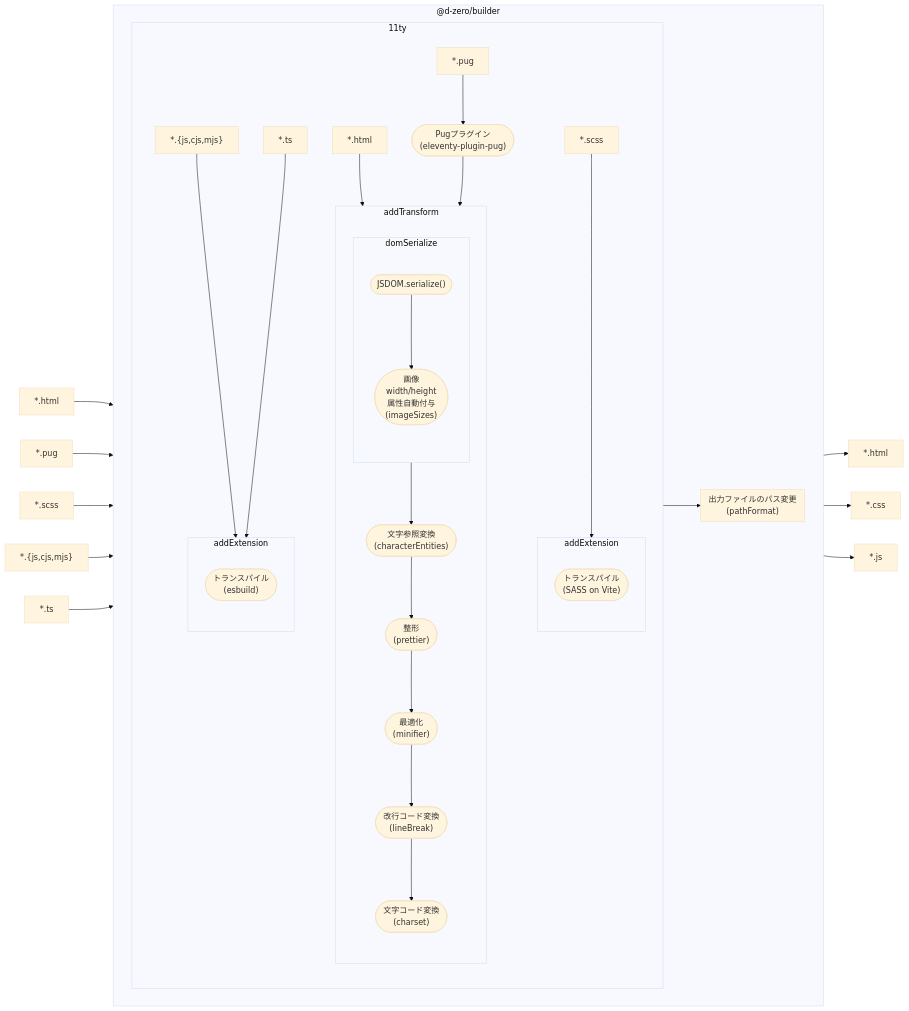
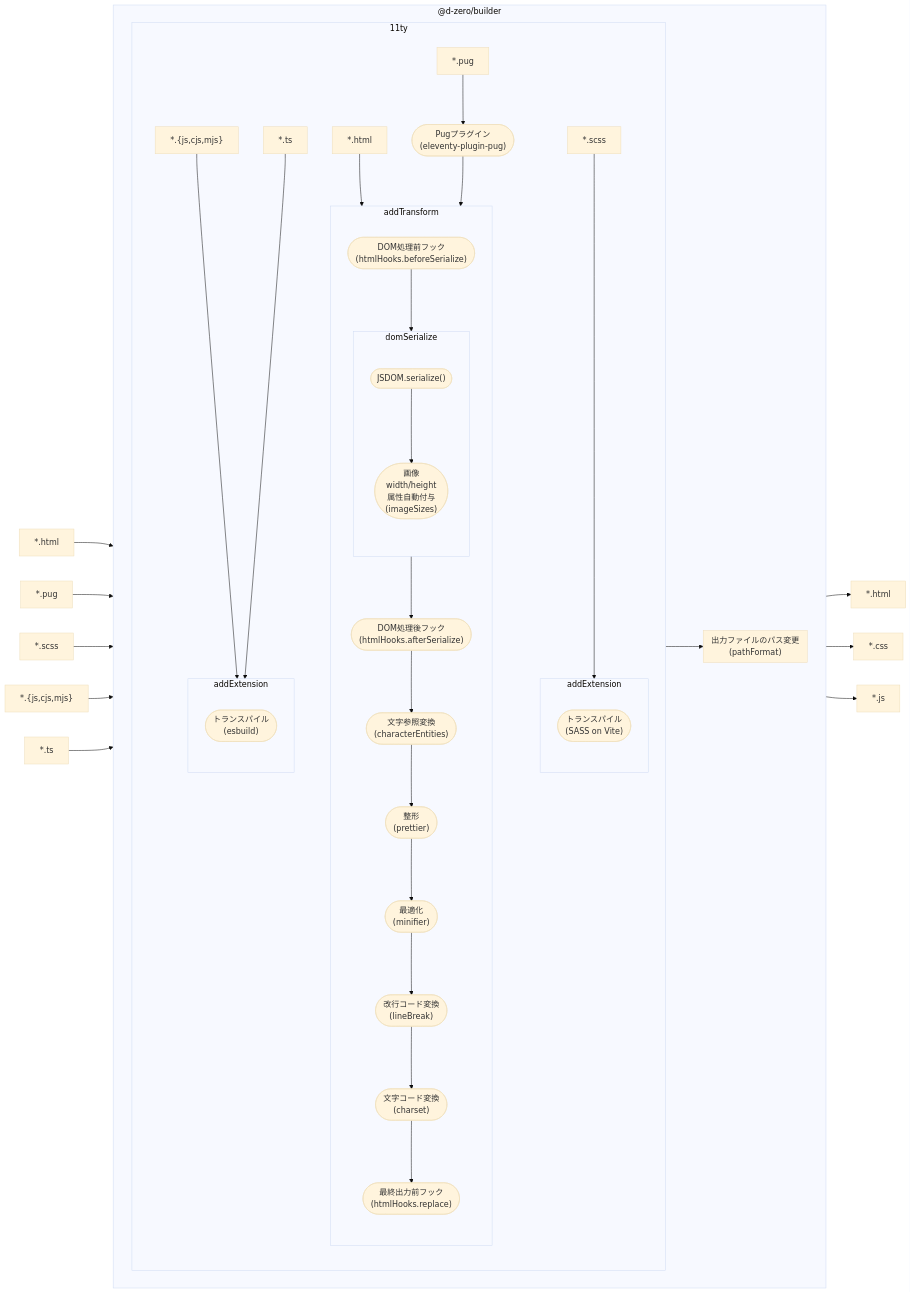
Before and after one commit to d-zero-dev/frontend-env: the diagram in packages/@d-zero/builder/README.md, drawn with Mermaid (base theme). The commit also changed other lines of this file, not shown here.

Commit message:
docs(builder): add HTML hooks documentation to README

````diff
--- a/packages/@d-zero/builder/README.md
+++ b/packages/@d-zero/builder/README.md
@@ -65,76 +70,79 @@
 ```mermaid
 flowchart LR
 	#inHTML["*.html"]
 	#inPug["*.pug"]
 	#inSCSS["*.scss"]
 	#inJS["*.{js,cjs,mjs}"]
 	#inTS["*.ts"]
 	#outHTML["*.html"]
 	#outCSS["*.css"]
 	#outJS["*.js"]
 
 	#inHTML --> #dzBuilder
 	#inPug --> #dzBuilder
 	#inSCSS --> #dzBuilder
 	#inJS --> #dzBuilder
 	#inTS --> #dzBuilder
 	#dzBuilder --> #outHTML
 	#dzBuilder --> #outCSS
 	#dzBuilder --> #outJS
 
 	subgraph #dzBuilder["@d-zero/builder"]
 		direction LR
 
 		subgraph #eleventy["11ty"]
 			#html["*.html"]
 			#pug["*.pug"]
 			#scss["*.scss"]
 			#js["*.{js,cjs,mjs}"]
 			#ts["*.ts"]
 
 			subgraph #transformHTML["addTransform"]
 				direction TB
 
-                #characterEntities(["文字参照変換<br>(characterEntities)"])
+				#beforeSerialize(["DOM処理前フック<br>(htmlHooks.beforeSerialize)"])
+				#characterEntities(["文字参照変換<br>(characterEntities)"])
 				#prettier(["整形<br>(prettier)"])
 				#minifier(["最適化<br>(minifier)"])
 				#lineBreak(["改行コード変換<br>(lineBreak)"])
 				#charset(["文字コード変換<br>(charset)"])
+				#afterSerialize(["DOM処理後フック<br>(htmlHooks.afterSerialize)"])
+				#replaceHook(["最終出力前フック<br>(htmlHooks.replace)"])
 
 				subgraph #domSerialize["domSerialize"]
 					direction TB
 
 					#jsdom(["JSDOM.serialize()"])
 					#imageSizes(["画像<br>width/height<br>属性自動付与<br>(imageSizes)"])
 
 					#jsdom --> #imageSizes
 				end
 
-				#domSerialize --> #characterEntities --> #prettier --> #minifier --> #lineBreak --> #charset
+				#beforeSerialize --> #domSerialize --> #afterSerialize --> #characterEntities --> #prettier --> #minifier --> #lineBreak --> #charset --> #replaceHook
 			end
 
 			subgraph #transpileCSS["addExtension"]
 				direction TB
 
 				#vite(["トランスパイル<br>(SASS on Vite)"])
 			end
 
 			subgraph #transpileJS["addExtension"]
 				direction TB
 
 				#esbuild(["トランスパイル<br>(esbuild)"])
 			end
 
 			#html --> #transformHTML
 			#pug --> #eleventy-plugin-pug(["Pugプラグイン<br>(eleventy-plugin-pug)"]) --> #transformHTML
 			#scss --> #transpileCSS
 			#js --> #transpileJS
 			#ts --> #transpileJS
 		end
 
 		subgraph #pathFormat["出力ファイルのパス変更<br>(pathFormat)"]
 		end
 
 		#eleventy --> #pathFormat
 	end
 ```
````
